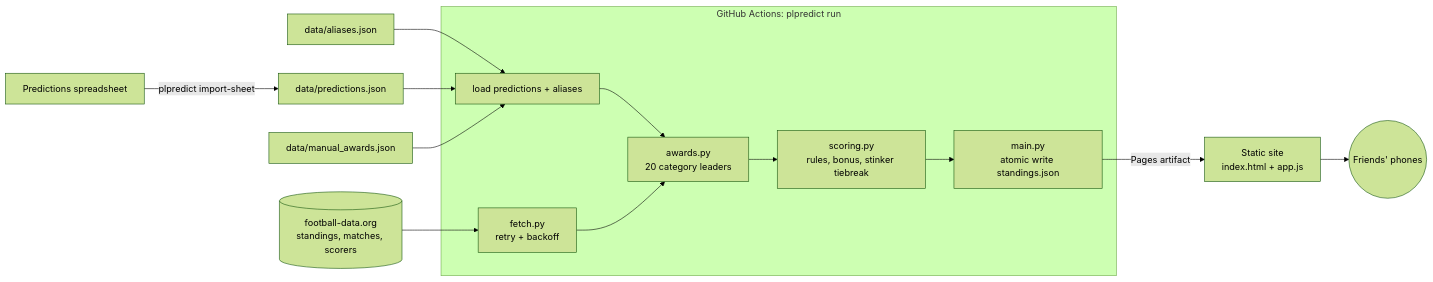
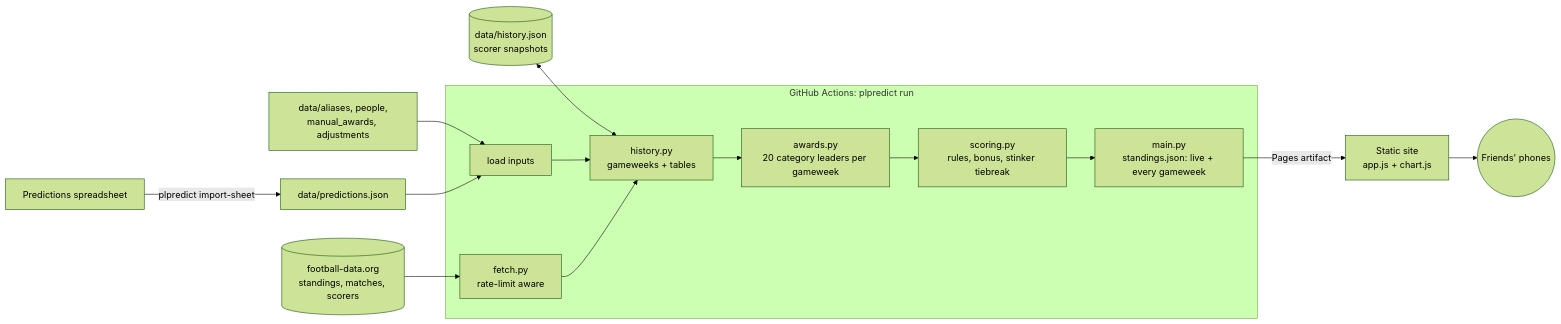
One commit to suhulkebede-git/premier-league-predictions changed the diagram in README.md. Above: the diagram before and after it, drawn with Mermaid (forest theme). The commit also changed other lines of this file, not shown here.

````diff
--- a/README.md
+++ b/README.md
@@ -48,18 +52,19 @@
 ```mermaid
 flowchart LR
     xlsx[Predictions spreadsheet] -->|plpredict import-sheet| preds[data/predictions.json]
-    aliases[data/aliases.json] --> load
+    cfg[data/aliases, people,<br/>manual_awards, adjustments] --> load
     preds --> load
-    manual[data/manual_awards.json] --> load
+    hist[(data/history.json<br/>scorer snapshots)] <--> history
     api[(football-data.org<br/>standings, matches, scorers)] --> fetch
 
     subgraph job [GitHub Actions: plpredict run]
-        load[load predictions + aliases] --> awards
-        fetch[fetch.py<br/>retry + backoff] --> awards[awards.py<br/>20 category leaders]
+        load[load inputs] --> history
+        fetch[fetch.py<br/>rate-limit aware] --> history[history.py<br/>gameweeks + tables]
+        history --> awards[awards.py<br/>20 category leaders per gameweek]
         awards --> scoring[scoring.py<br/>rules, bonus, stinker tiebreak]
-        scoring --> out[main.py<br/>atomic write standings.json]
+        scoring --> out[main.py<br/>standings.json: live + every gameweek]
     end
 
-    out -->|Pages artifact| site[Static site<br/>index.html + app.js]
+    out -->|Pages artifact| site[Static site<br/>app.js + chart.js]
     site --> friends((Friends' phones))
 ```
````
